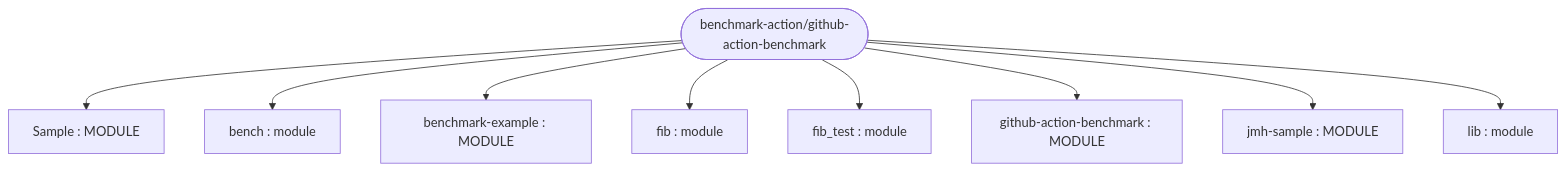
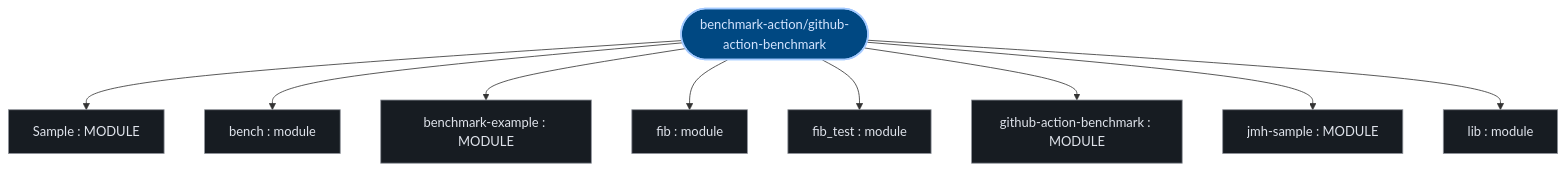
The first of 3 diagrams in exports/latest/reports/benchmark-action-github-action-benchmark-report.md (kumarshaz/atruss-code-atlas), drawn with Mermaid before and after one commit. The commit also changed other lines of this file and 331 other files, not shown here.

Commit message:
docs,ui,fix: update SDLC docs, reorder CI/CD DAG first, stylize Mermaid, and fix Arc42 pipeline topology

````diff
--- a/exports/latest/reports/benchmark-action-github-action-benchmark-report.md
+++ b/exports/latest/reports/benchmark-action-github-action-benchmark-report.md
@@ -42,20 +42,27 @@
 ```mermaid
 graph TD;
-    benchmark_example["benchmark-example : MODULE"]
-    github_action_benchmark["github-action-benchmark : MODULE"]
-    Sample["Sample : MODULE"]
-    bench["bench : module"]
-    lib["lib : module"]
-    fib["fib : module"]
-    fib_test["fib_test : module"]
-    jmh_sample["jmh-sample : MODULE"]
-    repo_root(["benchmark-action/github-action-benchmark"])
+  classDef atlasRoot fill:#004882,stroke:#a3c9ff,stroke-width:2px,color:#d3e4ff
+  classDef atlasCategory fill:#212428,stroke:#E87A48,stroke-width:1.5px,color:#dfe3eb
+  classDef atlasWorkflow fill:#1b2026,stroke:#a3c9ff,stroke-width:1.5px,color:#dfe3eb
+  classDef atlasJob fill:#171c22,stroke:#8d9199,stroke-width:1px,color:#dfe3eb
+  classDef atlasTarget fill:#005227,stroke:#8bd99b,stroke-width:1.5px,color:#a7f6b6
+  classDef atlasAlert fill:#93000a,stroke:#ffb4ab,stroke-width:1.5px,color:#ffdad6
+  classDef atlasMore fill:#252a31,stroke:#8d9199,stroke-dasharray:4 4,color:#c3c6cf
+    benchmark_example["benchmark-example : MODULE"]:::atlasJob
+    github_action_benchmark["github-action-benchmark : MODULE"]:::atlasJob
+    Sample["Sample : MODULE"]:::atlasJob
+    bench["bench : module"]:::atlasJob
+    lib["lib : module"]:::atlasJob
+    fib["fib : module"]:::atlasJob
+    fib_test["fib_test : module"]:::atlasJob
+    jmh_sample["jmh-sample : MODULE"]:::atlasJob
+    repo_root(["benchmark-action/github-action-benchmark"]):::atlasRoot
     repo_root --> Sample
     repo_root --> bench
     repo_root --> benchmark_example
     repo_root --> fib
     repo_root --> fib_test
     repo_root --> github_action_benchmark
     repo_root --> jmh_sample
     repo_root --> lib
 ```
````
